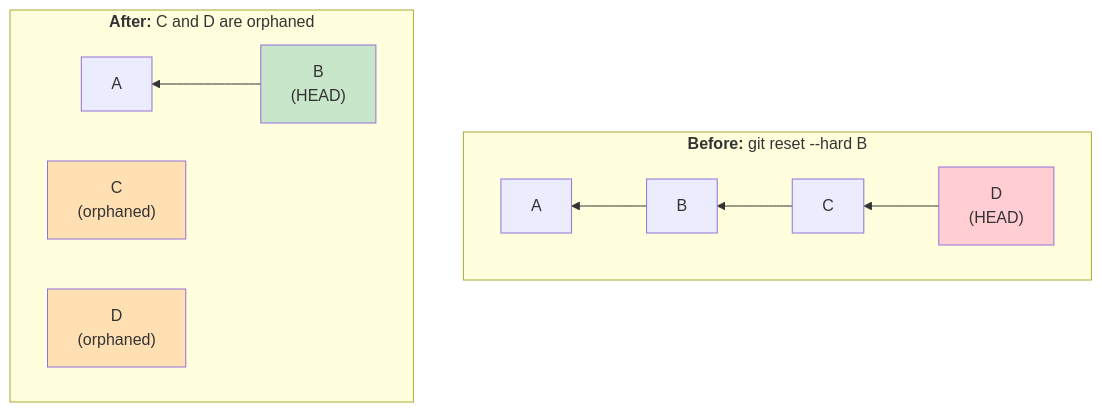
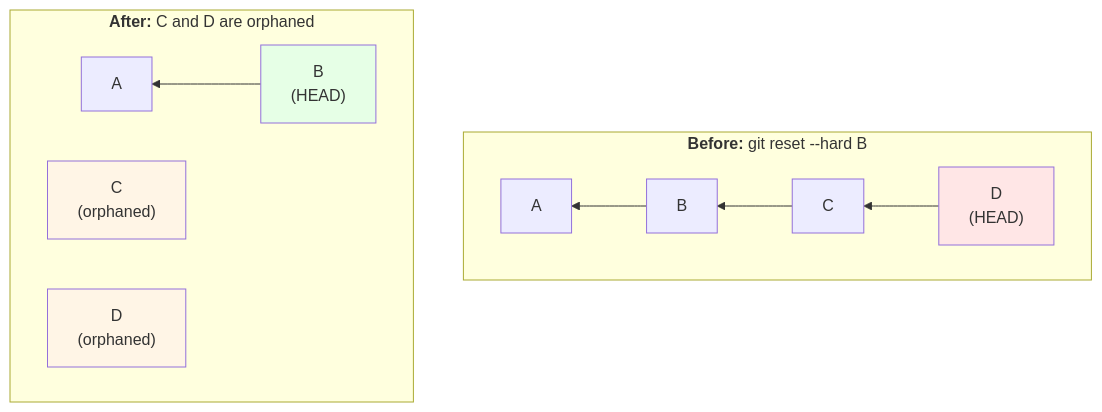
Before and after one commit to mohammedsaif001/full-stack-engineering-notes: the third of 8 diagrams in 02-github/Github.md, drawn with Mermaid. The commit also changed other lines of this file and 1 other file, not shown here.

````diff
--- a/02-github/Github.md
+++ b/02-github/Github.md
@@ -412,25 +414,26 @@
 ```mermaid
+%%{init: {'theme': 'default', 'themeVariables': { 'primaryColor': '#fff5e6', 'primaryTextColor': '#000', 'primaryBorderColor': '#0066cc'}} }%%
 graph TB
     subgraph Before["<b>Before:</b> git reset --hard B"]
         direction RL
         A1["A"]
         B1["B"]
         C1["C"]
         D1["D<br/>(HEAD)"]
         D1 --> C1 --> B1 --> A1
     end
     
     subgraph After["<b>After:</b> C and D are orphaned"]
         direction RL
         A2["A"]
         B2["B<br/>(HEAD)"]
         B2 --> A2
         C2["C<br/>(orphaned)"]
         D2["D<br/>(orphaned)"]
     end
     
-    style D1 fill:#ffcdd2
-    style B2 fill:#c8e6c9
-    style C2 fill:#ffe0b2
-    style D2 fill:#ffe0b2
+    style D1 fill:#ffe6e6
+    style B2 fill:#e6ffe6
+    style C2 fill:#fff5e6
+    style D2 fill:#fff5e6
 ```
````
